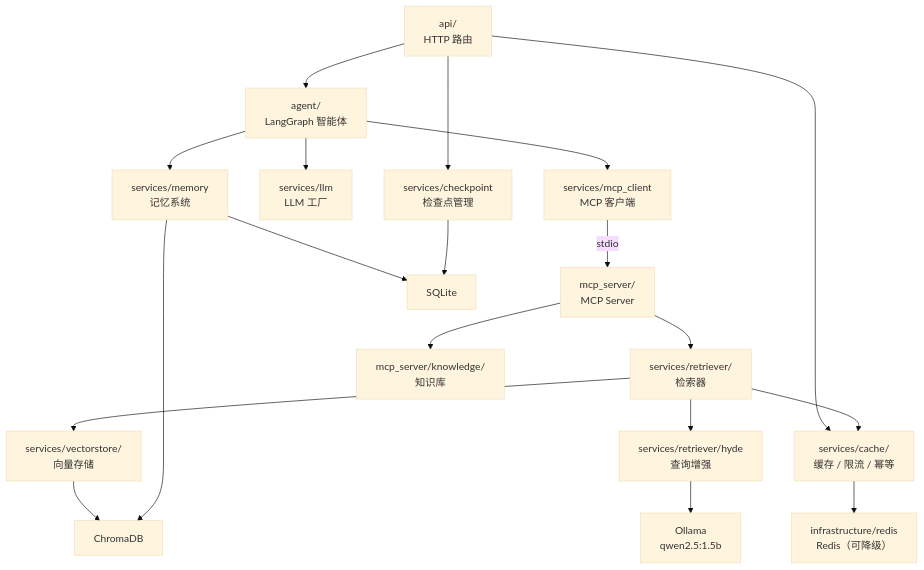
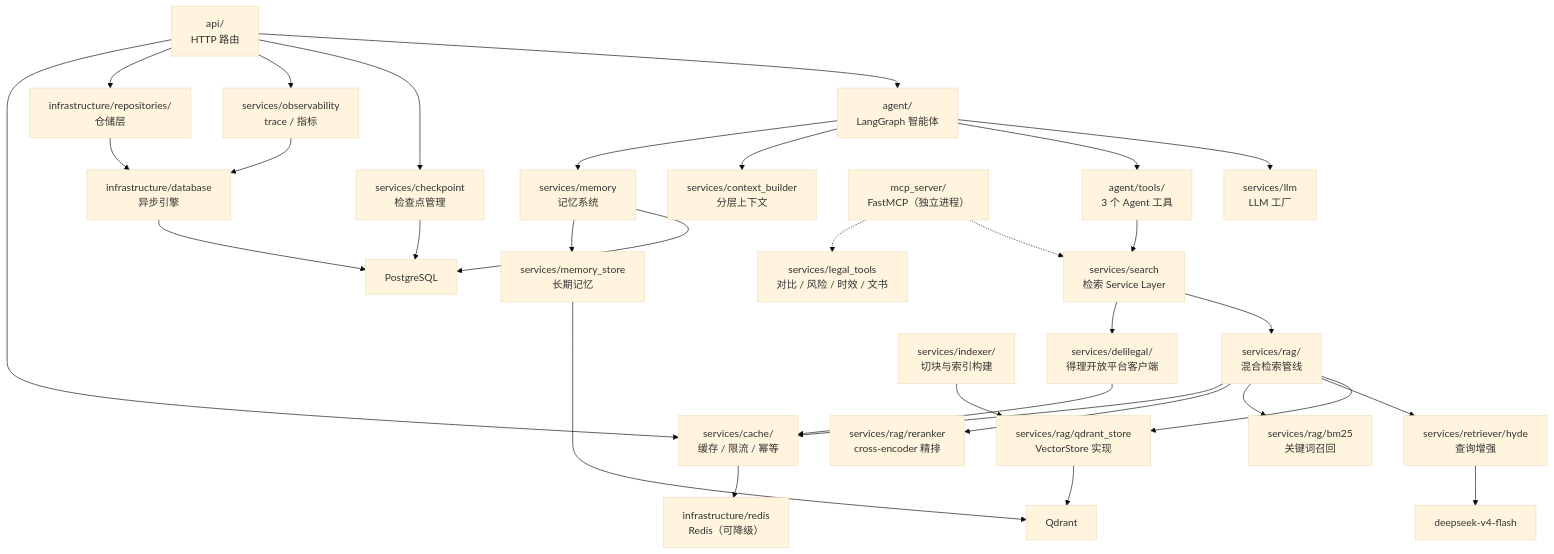
Before and after one commit to uuo00n/lexcore-legal-agent: the diagram in docs/guide/modules.md, drawn with Mermaid (base theme). The commit also changed other lines of this file and 28 other files, not shown here.

````diff
--- a/docs/guide/modules.md
+++ b/docs/guide/modules.md
@@ -5,27 +5,40 @@
 ```mermaid
 graph TD
     API["api/<br/>HTTP 路由"] --> AGENT["agent/<br/>LangGraph 智能体"]
     API --> CP["services/checkpoint<br/>检查点管理"]
+    API --> OBS["services/observability<br/>trace / 指标"]
+    API --> REPO["infrastructure/repositories/<br/>仓储层"]
 
     AGENT --> LLM["services/llm<br/>LLM 工厂"]
-    AGENT --> MCPC["services/mcp_client<br/>MCP 客户端"]
+    AGENT --> TOOLS["agent/tools/<br/>3 个 Agent 工具"]
+    AGENT --> CTX["services/context_builder<br/>分层上下文"]
     AGENT --> MEMORY["services/memory<br/>记忆系统"]
 
-    MCPC -->|stdio| MCPS["mcp_server/<br/>MCP Server"]
+    TOOLS --> SEARCH["services/search<br/>检索 Service Layer"]
+    SEARCH --> RAG["services/rag/<br/>混合检索管线"]
+    SEARCH --> DELI["services/delilegal/<br/>得理开放平台客户端"]
 
-    MCPS --> RETRIEVER["services/retriever/<br/>检索器"]
-    MCPS --> KNOWLEDGE["mcp_server/knowledge/<br/>知识库"]
+    MCPS["mcp_server/<br/>FastMCP（独立进程）"] -.-> SEARCH
+    MCPS -.-> LEGALTOOLS["services/legal_tools<br/>对比 / 风险 / 时效 / 文书"]
 
-    RETRIEVER --> VS["services/vectorstore/<br/>向量存储"]
-    RETRIEVER --> HYDE["services/retriever/hyde<br/>查询增强"]
+    RAG --> STORE["services/rag/qdrant_store<br/>VectorStore 实现"]
+    RAG --> HYDE["services/retriever/hyde<br/>查询增强"]
+    RAG --> BM25["services/rag/bm25<br/>关键词召回"]
+    RAG --> RRANK["services/rag/reranker<br/>cross-encoder 精排"]
+    IDX["services/indexer/<br/>切块与索引构建"] --> STORE
 
-    HYDE --> LLM_OL["Ollama<br/>qwen2.5:1.5b"]
-    VS --> CHROMA["ChromaDB"]
-    MEMORY --> CHROMA
-    MEMORY --> SQLITE["SQLite"]
-    CP --> SQLITE
+    HYDE --> LLM_FL["deepseek-v4-flash"]
+    STORE --> QDRANT["Qdrant"]
+    MEMORY --> PG["PostgreSQL"]
+    MSTORE["services/memory_store<br/>长期记忆"] --> QDRANT
+    MEMORY --> MSTORE
+    CP --> PG
+    REPO --> DB["infrastructure/database<br/>异步引擎"]
+    OBS --> DB
+    DB --> PG
 
     API --> CACHE["services/cache/<br/>缓存 / 限流 / 幂等"]
-    RETRIEVER --> CACHE
+    RAG --> CACHE
+    DELI --> CACHE
     CACHE --> REDIS["infrastructure/redis<br/>Redis（可降级）"]
 ```
````
